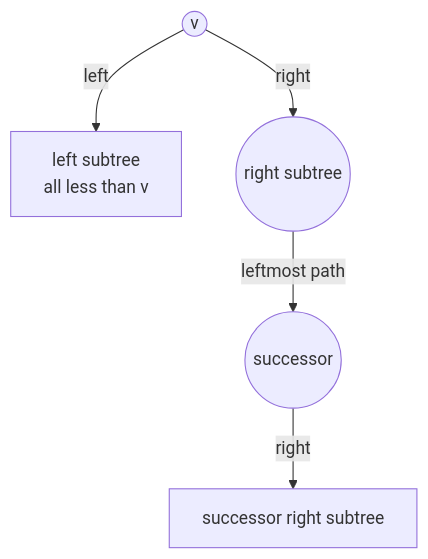
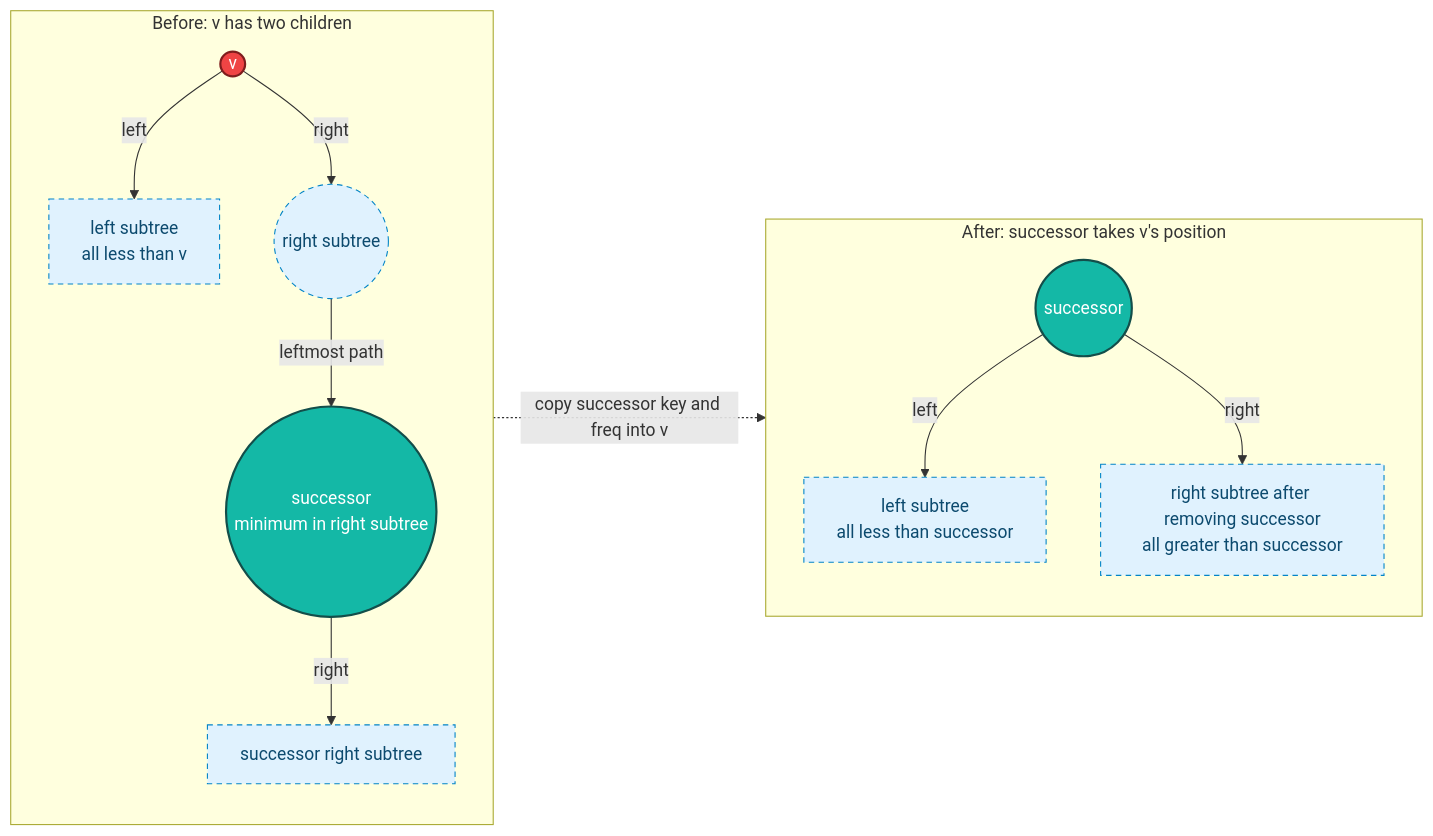
The third of 3 diagrams in Data Structure/Binary Search Tree/04 BST Update Operations.md (77chenchen/ALGO-DSA-Notes), drawn with Mermaid before and after one commit. The commit also changed other lines of this file and 6 other files, not shown here.

````diff
--- a/Data Structure/Binary Search Tree/04 BST Update Operations.md
+++ b/Data Structure/Binary Search Tree/04 BST Update Operations.md
@@ -94,13 +127,36 @@
 ```mermaid
-graph TD
-    V((v))
-    L["left subtree<br/>all less than v"]
-    R((right subtree))
-    S((successor))
-    SR["successor right subtree"]
+flowchart LR
+    subgraph Before["Before: v has two children"]
+        direction TB
+        V(("v"))
+        L["left subtree<br/>all less than v"]
+        R(("right subtree"))
+        S(("successor<br/>minimum in right subtree"))
+        SR["successor right subtree"]
 
-    V -->|left| L
-    V -->|right| R
-    R -->|leftmost path| S
-    S -->|right| SR
+        V -->|left| L
+        V -->|right| R
+        R -->|leftmost path| S
+        S -->|right| SR
+    end
+
+    S -.->|copy successor key and freq into v| S2
+
+    subgraph After["After: successor takes v's position"]
+        direction TB
+        S2(("successor"))
+        L2["left subtree<br/>all less than successor"]
+        R2["right subtree after removing successor<br/>all greater than successor"]
+
+        S2 -->|left| L2
+        S2 -->|right| R2
+    end
+
+    classDef target fill:#ef4444,stroke:#7f1d1d,color:#fff,stroke-width:2px;
+    classDef successor fill:#14b8a6,stroke:#134e4a,color:#fff,stroke-width:2px;
+    classDef subtree fill:#e0f2fe,stroke:#0284c7,color:#0c4a6e,stroke-width:1px,stroke-dasharray: 5 4;
+
+    class V target;
+    class S,S2 successor;
+    class L,L2,R,SR,R2 subtree;
 ```
````
